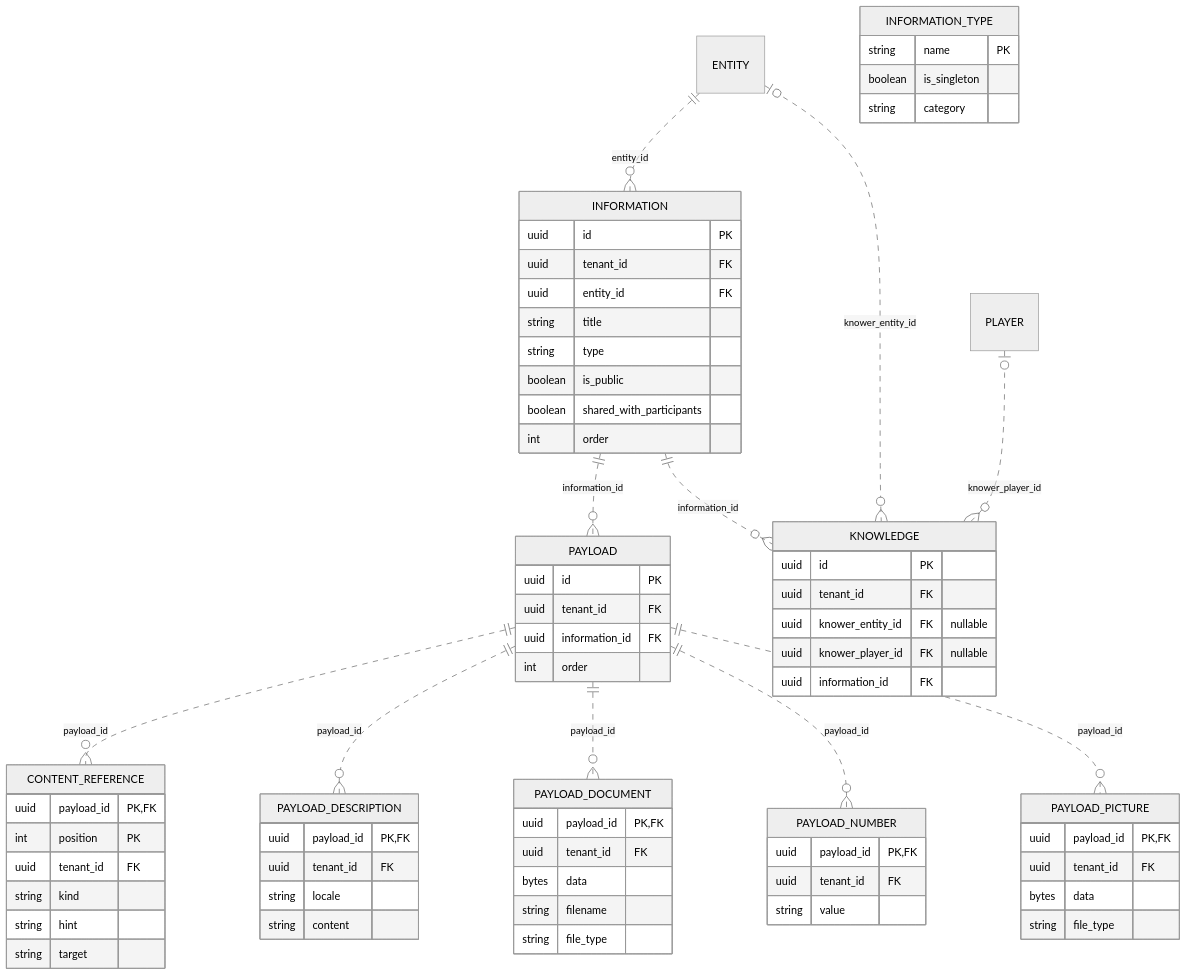
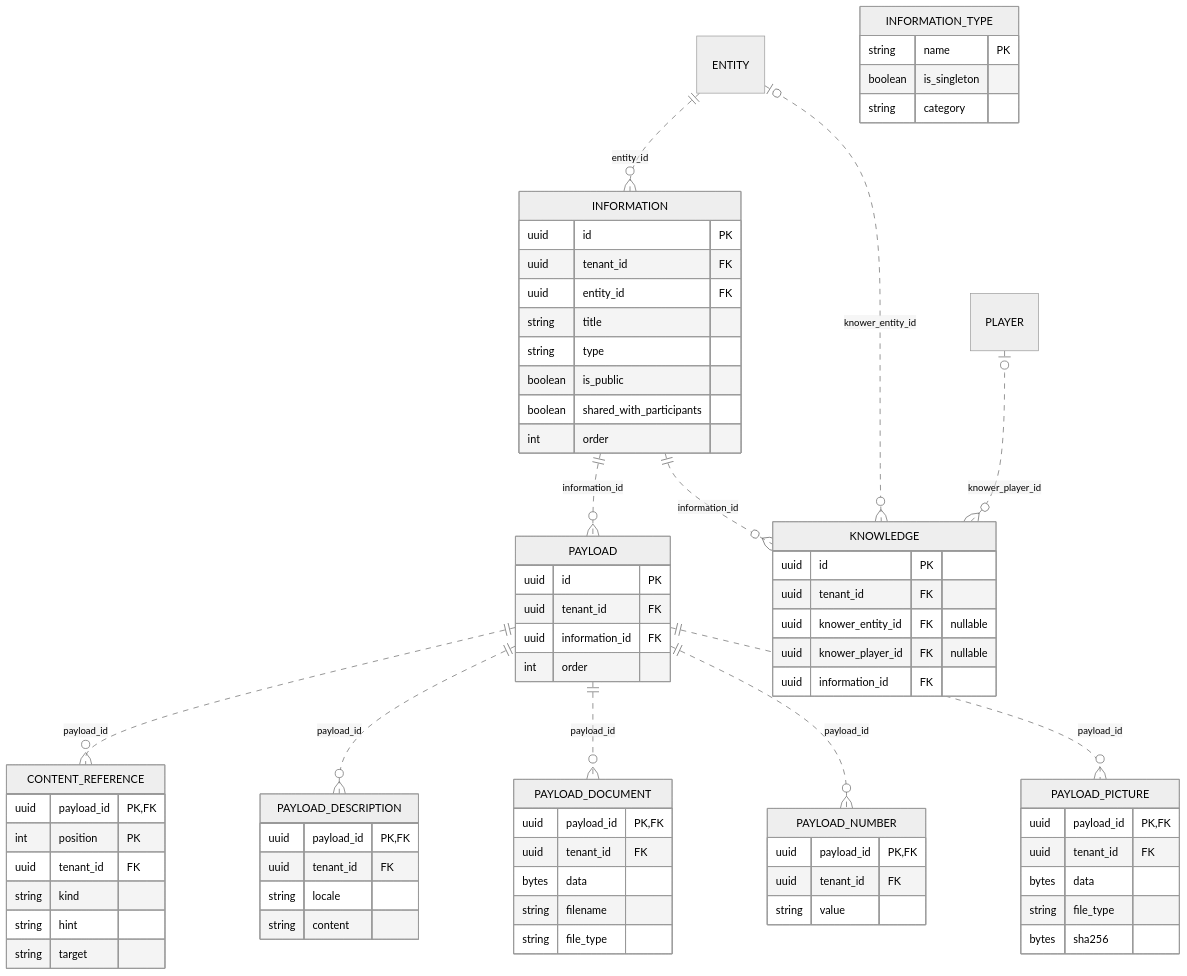
The sixth of 15 diagrams in docs/architecture/diagrams/domain-model-er.md (ramsesoriginal/lorenzo), drawn with Mermaid (neutral theme) before and after one commit. The commit also changed other lines of this file, not shown here.

First line of the commit message:
docs(architecture): bring the domain model ER diagram in line with the models

````diff
--- a/docs/architecture/diagrams/domain-model-er.md
+++ b/docs/architecture/diagrams/domain-model-er.md
@@ -197,73 +475,74 @@
 ```mermaid
 erDiagram
     PAYLOAD ||..o{ CONTENT_REFERENCE : "payload_id"
     ENTITY ||..o{ INFORMATION : "entity_id"
     INFORMATION ||..o{ KNOWLEDGE : "information_id"
     ENTITY |o..o{ KNOWLEDGE : "knower_entity_id"
     PLAYER |o..o{ KNOWLEDGE : "knower_player_id"
     INFORMATION ||..o{ PAYLOAD : "information_id"
     PAYLOAD ||..o{ PAYLOAD_DESCRIPTION : "payload_id"
     PAYLOAD ||..o{ PAYLOAD_DOCUMENT : "payload_id"
     PAYLOAD ||..o{ PAYLOAD_NUMBER : "payload_id"
     PAYLOAD ||..o{ PAYLOAD_PICTURE : "payload_id"
     CONTENT_REFERENCE {
         uuid payload_id PK,FK
         int position PK
         uuid tenant_id FK
         string kind
         string hint
         string target
     }
     INFORMATION {
         uuid id PK
         uuid tenant_id FK
         uuid entity_id FK
         string title
         string type
         boolean is_public
         boolean shared_with_participants
         int order
     }
     INFORMATION_TYPE {
         string name PK
         boolean is_singleton
         string category
     }
     KNOWLEDGE {
         uuid id PK
         uuid tenant_id FK
         uuid knower_entity_id FK "nullable"
         uuid knower_player_id FK "nullable"
         uuid information_id FK
     }
     PAYLOAD {
         uuid id PK
         uuid tenant_id FK
         uuid information_id FK
         int order
     }
     PAYLOAD_DESCRIPTION {
         uuid payload_id PK,FK
         uuid tenant_id FK
         string locale
         string content
     }
     PAYLOAD_DOCUMENT {
         uuid payload_id PK,FK
         uuid tenant_id FK
         bytes data
         string filename
         string file_type
     }
     PAYLOAD_NUMBER {
         uuid payload_id PK,FK
         uuid tenant_id FK
         string value
     }
     PAYLOAD_PICTURE {
         uuid payload_id PK,FK
         uuid tenant_id FK
         bytes data
         string file_type
+        bytes sha256
     }
 ```
````
